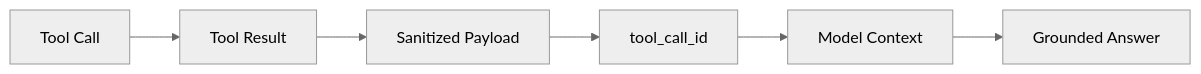
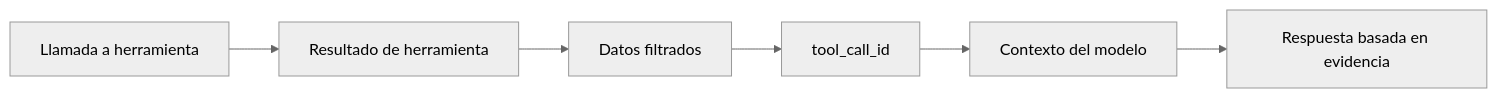
The ninth of 10 diagrams in docs/guia-conceptual-meridian.md (christiandejesus320-droid/Sandbox), drawn with Mermaid (neutral theme) before and after one commit. The commit also changed other lines of this file, not shown here.

````diff
--- a/docs/guia-conceptual-meridian.md
+++ b/docs/guia-conceptual-meridian.md
@@ -265,8 +265,8 @@
 ```mermaid
 flowchart LR
-    A["Tool Call"] --> B["Tool Result"]
-    B --> C["Sanitized Payload"]
+    A["Llamada a herramienta"] --> B["Resultado de herramienta"]
+    B --> C["Datos filtrados"]
     C --> D["tool_call_id"]
-    D --> E["Model Context"]
-    E --> F["Grounded Answer"]
+    D --> E["Contexto del modelo"]
+    E --> F["Respuesta basada en evidencia"]
 ```
````
